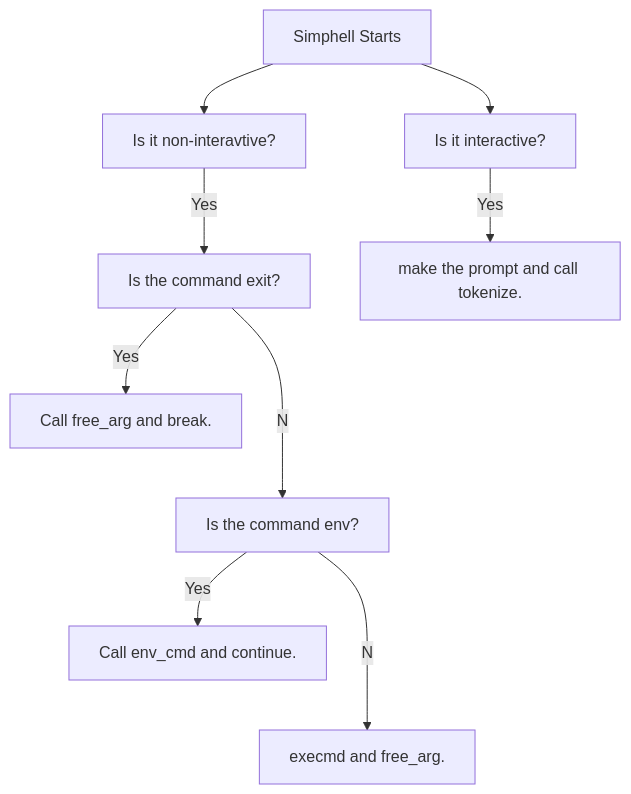
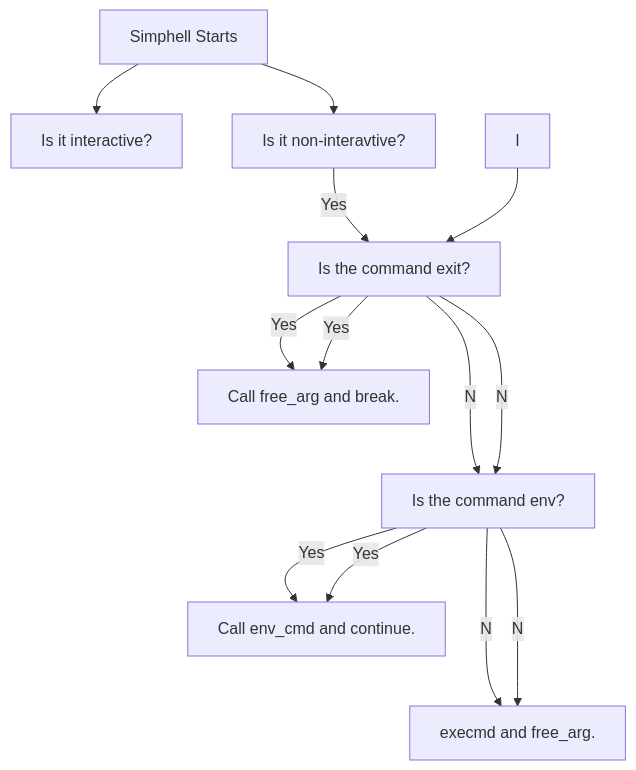
Before and after one commit to LeeWest89/MySuperRepo: the diagram in README.md, drawn with Mermaid.

````diff
--- a/README.md
+++ b/README.md
@@ -2,11 +2,15 @@
 ```mermaid
 flowchart TD;
   A[Simphell Starts]-->B[Is it interactive?];
   A-->C[Is it non-interavtive?];
   C--Yes-->D[Is the command exit?];
   D--Yes-->E[Call free_arg and break.];
   D--No-->F[Is the command env?];
   F--Yes-->G[Call env_cmd and continue.];
   F--No-->H[execmd and free_arg.];
-  B--Yes-->I[make the prompt and call tokenize.];
+  I-->D;
+  D--Yes-->E;
+  D--No-->F;
+  F--Yes-->G;
+  F--No-->H
 ```
````
